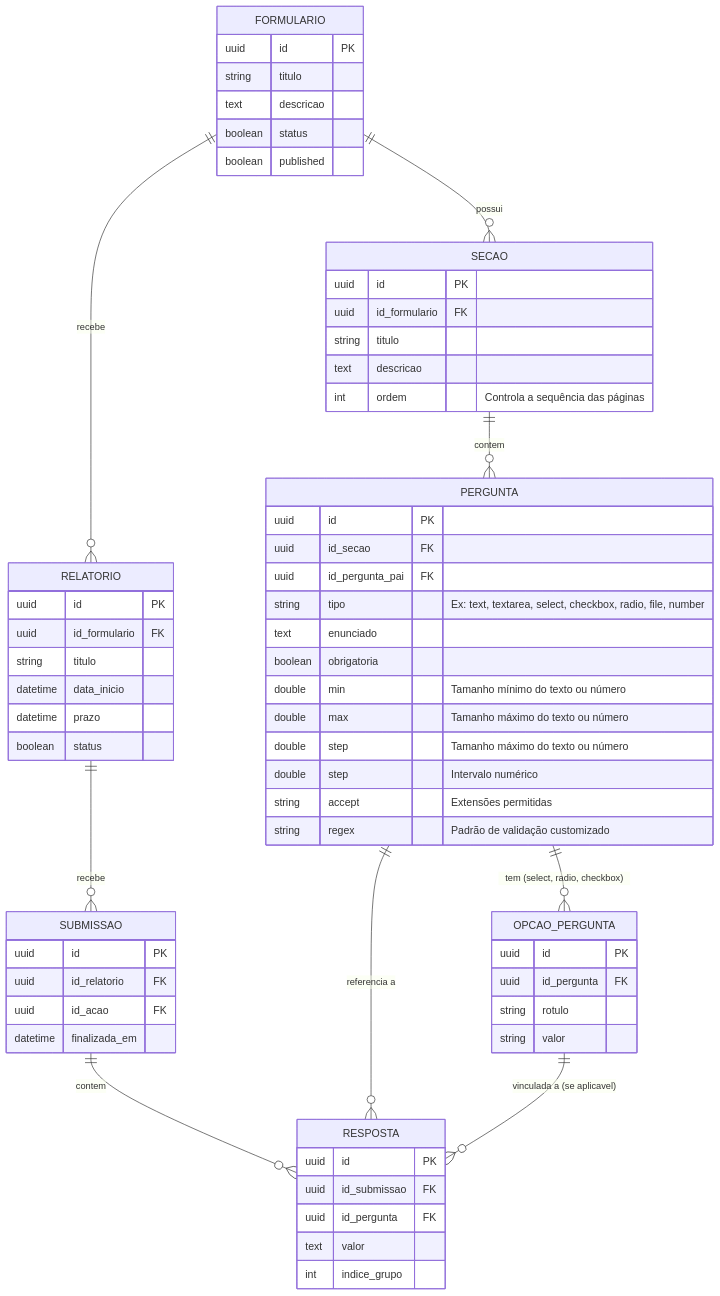
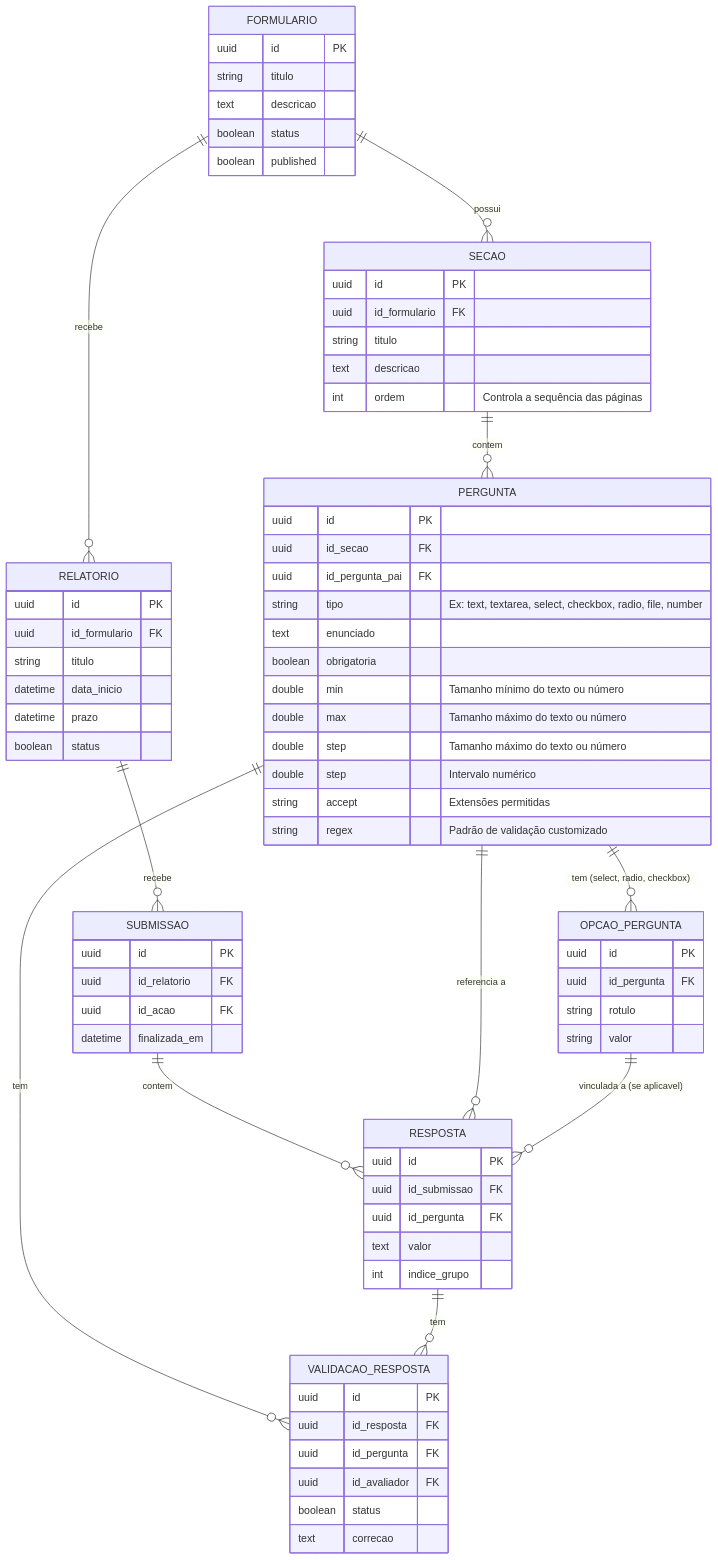
One commit to PROEX-UFCA/sigex changed the second of 2 diagrams in README.md. Above: the diagram before and after it, drawn with Mermaid. The commit also changed 5 other files, not shown here.

````diff
--- a/README.md
+++ b/README.md
@@ -116,6 +116,9 @@
     SUBMISSAO ||--o{ RESPOSTA : contem
     PERGUNTA ||--o{ RESPOSTA : "referencia a"
     OPCAO_PERGUNTA ||--o{ RESPOSTA : "vinculada a (se aplicavel)"
+    
+    PERGUNTA ||--o{ VALIDACAO_RESPOSTA :tem
+    RESPOSTA ||--o{ VALIDACAO_RESPOSTA :tem
 
     FORMULARIO {
         uuid id PK
@@ -178,4 +181,13 @@
         text valor
         int indice_grupo
     }
+
+    VALIDACAO_RESPOSTA{
+        uuid id PK
+        uuid id_resposta FK
+        uuid id_pergunta FK
+        uuid id_avaliador FK
+        boolean status 
+        text correcao
+    }
 ```
````
